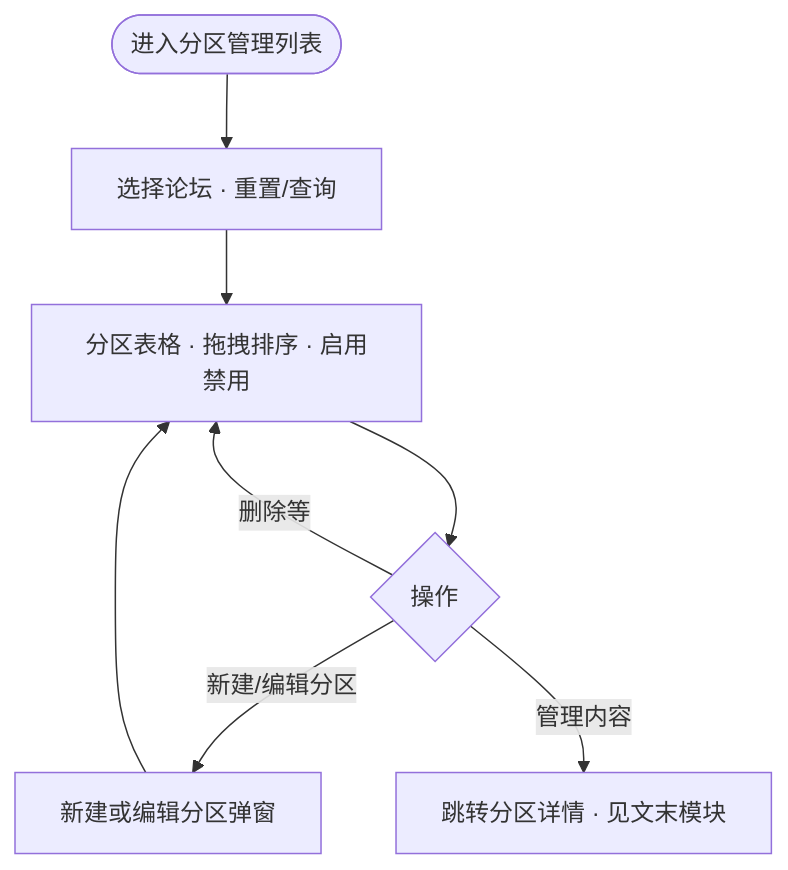
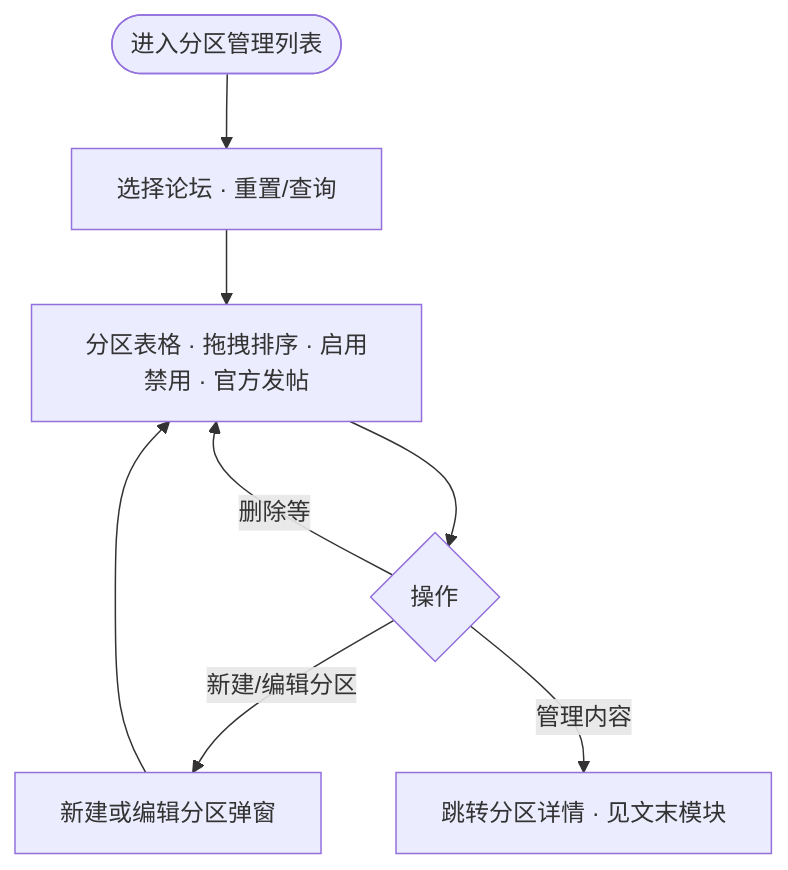
The diagram in docs/PRD-tab-route.md (Chantinoo/joytap-admin), drawn with Mermaid before and after one commit. The commit also changed other lines of this file and 5 other files, not shown here.

````diff
--- a/docs/PRD-tab-route.md
+++ b/docs/PRD-tab-route.md
@@ -18,10 +18,10 @@
 ```mermaid
 flowchart TD
     Start([进入分区管理列表]) --> Filter[选择论坛 · 重置/查询]
-    Filter --> Table[分区表格 · 拖拽排序 · 启用禁用]
+    Filter --> Table[分区表格 · 拖拽排序 · 启用禁用 · 官方发帖]
     Table --> Act{操作}
     Act -->|新建/编辑分区| Modal[新建或编辑分区弹窗]
     Act -->|管理内容| Other[跳转分区详情 · 见文末模块]
     Act -->|删除等| Table
     Modal --> Table
 ```
````
